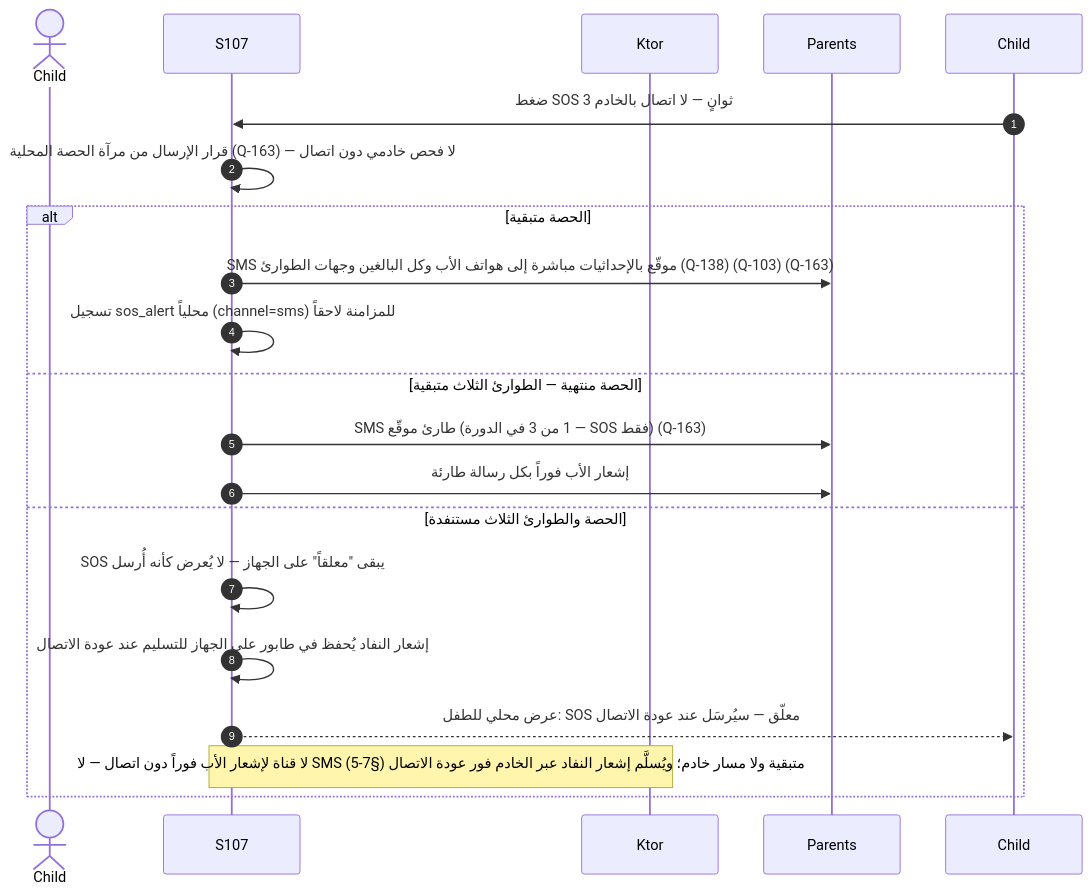
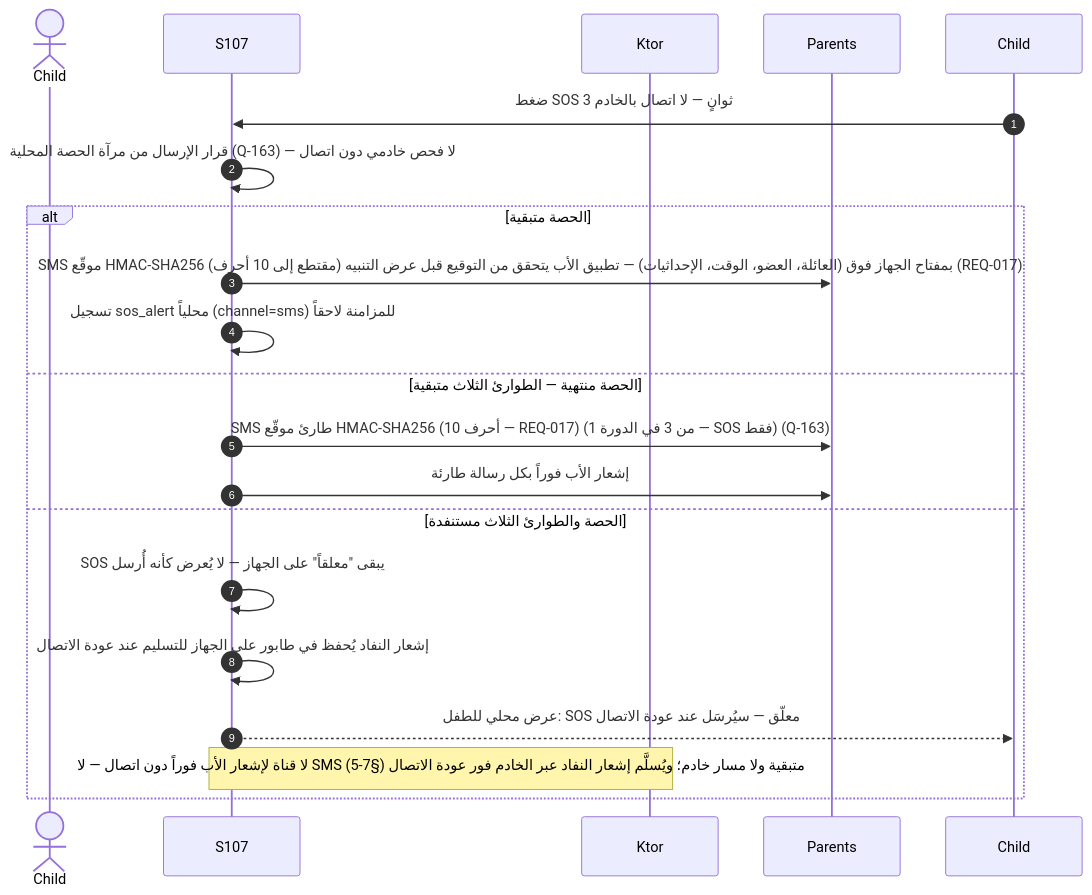
The sixth of 13 diagrams in docs/family-os/governance/phases/phase-1/S1-07-location-basic/DIAGRAMS.md (Bassam-mohammed-alqaeadi/family-os-v2), drawn with Mermaid before and after one commit. The commit also changed other lines of this file and 19 other files, not shown here.

````diff
--- a/docs/family-os/governance/phases/phase-1/S1-07-location-basic/DIAGRAMS.md
+++ b/docs/family-os/governance/phases/phase-1/S1-07-location-basic/DIAGRAMS.md
@@ -221,22 +225,22 @@
 ```mermaid
 sequenceDiagram
     autonumber
     actor الطفل as Child
     participant الموقع as S107
     participant الخادم as Ktor
     participant الوالدان as Parents
     Child->>الموقع: ضغط SOS 3 ثوانٍ — لا اتصال بالخادم
     الموقع->>الموقع: قرار الإرسال من مرآة الحصة المحلية (Q-163) — لا فحص خادمي دون اتصال
     alt الحصة متبقية
-        الموقع->>الوالدان: SMS موقّع بالإحداثيات مباشرة إلى هواتف الأب وكل البالغين وجهات الطوارئ (Q-138) (Q-103) (Q-163)
+        الموقع->>الوالدان: SMS موقّع HMAC-SHA256 (مقتطع إلى 10 أحرف) بمفتاح الجهاز فوق (العائلة، العضو، الوقت، الإحداثيات) — تطبيق الأب يتحقق من التوقيع قبل عرض التنبيه (REQ-017)
         الموقع->>الموقع: تسجيل sos_alert محلياً (channel=sms) للمزامنة لاحقاً
     else الحصة منتهية — الطوارئ الثلاث متبقية
-        الموقع->>الوالدان: SMS طارئ موقّع (1 من 3 في الدورة — SOS فقط) (Q-163)
+        الموقع->>الوالدان: SMS طارئ موقّع HMAC-SHA256 (10 أحرف — REQ-017) (1 من 3 في الدورة — SOS فقط) (Q-163)
         الموقع->>الوالدان: إشعار الأب فوراً بكل رسالة طارئة
     else الحصة والطوارئ الثلاث مستنفدة
         الموقع->>الموقع: SOS يبقى "معلقاً" على الجهاز — لا يُعرض كأنه أُرسل
         الموقع->>الموقع: إشعار النفاد يُحفظ في طابور على الجهاز للتسليم عند عودة الاتصال
         الموقع-->>Child: عرض محلي للطفل: SOS معلّق — سيُرسَل عند عودة الاتصال
         Note over الموقع,الخادم: لا قناة لإشعار الأب فوراً دون اتصال — لا SMS متبقية ولا مسار خادم؛ ويُسلَّم إشعار النفاد عبر الخادم فور عودة الاتصال (§7-5)
     end
 ```
````
